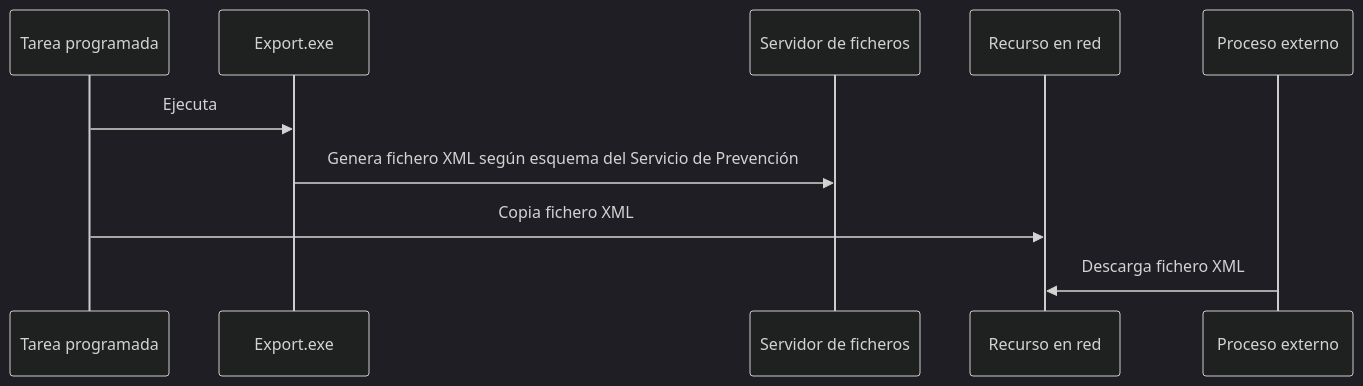
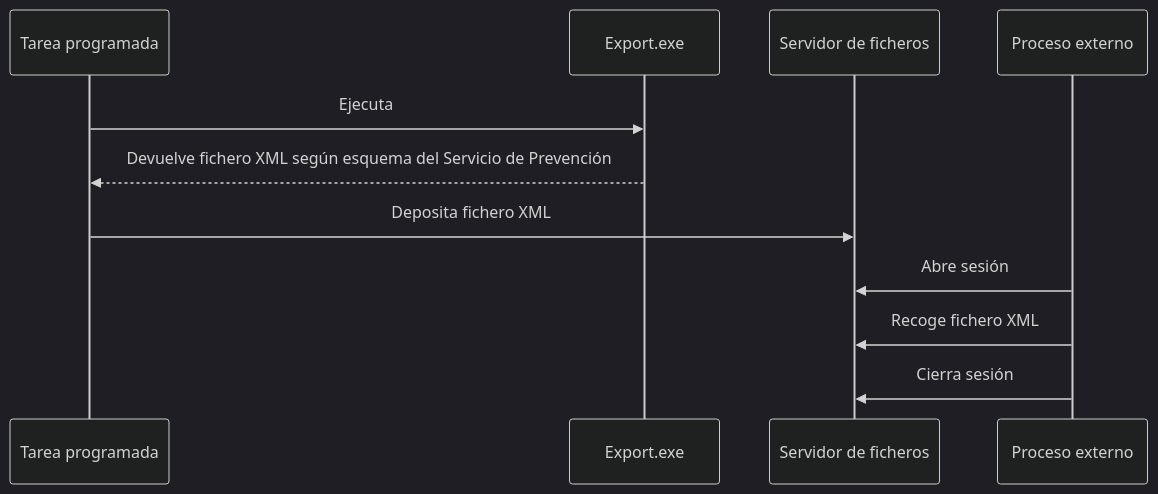
Before and after one commit to labgeo/ua-mods: the diagram in ds09.md, drawn with Mermaid (dark theme). The commit also changed other lines of this file, not shown here.

```diff
--- a/ds09.md
+++ b/ds09.md
@@ -5,7 +5,9 @@
 {% mermaid %}
 sequenceDiagram;
 Tarea programada->>Export.exe: Ejecuta;
-Export.exe->>Servidor de ficheros: Genera fichero XML según esquema del Servicio de Prevención;
-Tarea programada->>Recurso en red: Copia fichero XML;
-Proceso externo->>Recurso en red: Descarga fichero XML;
+Export.exe-->>Tarea programada: Devuelve fichero XML según esquema del Servicio de Prevención;
+Tarea programada->>Servidor de ficheros: Deposita fichero XML;
+Proceso externo->>Servidor de ficheros: Abre sesión;
+Proceso externo->>Servidor de ficheros: Recoge fichero XML;
+Proceso externo->>Servidor de ficheros: Cierra sesión;
 {% endmermaid %}
```
